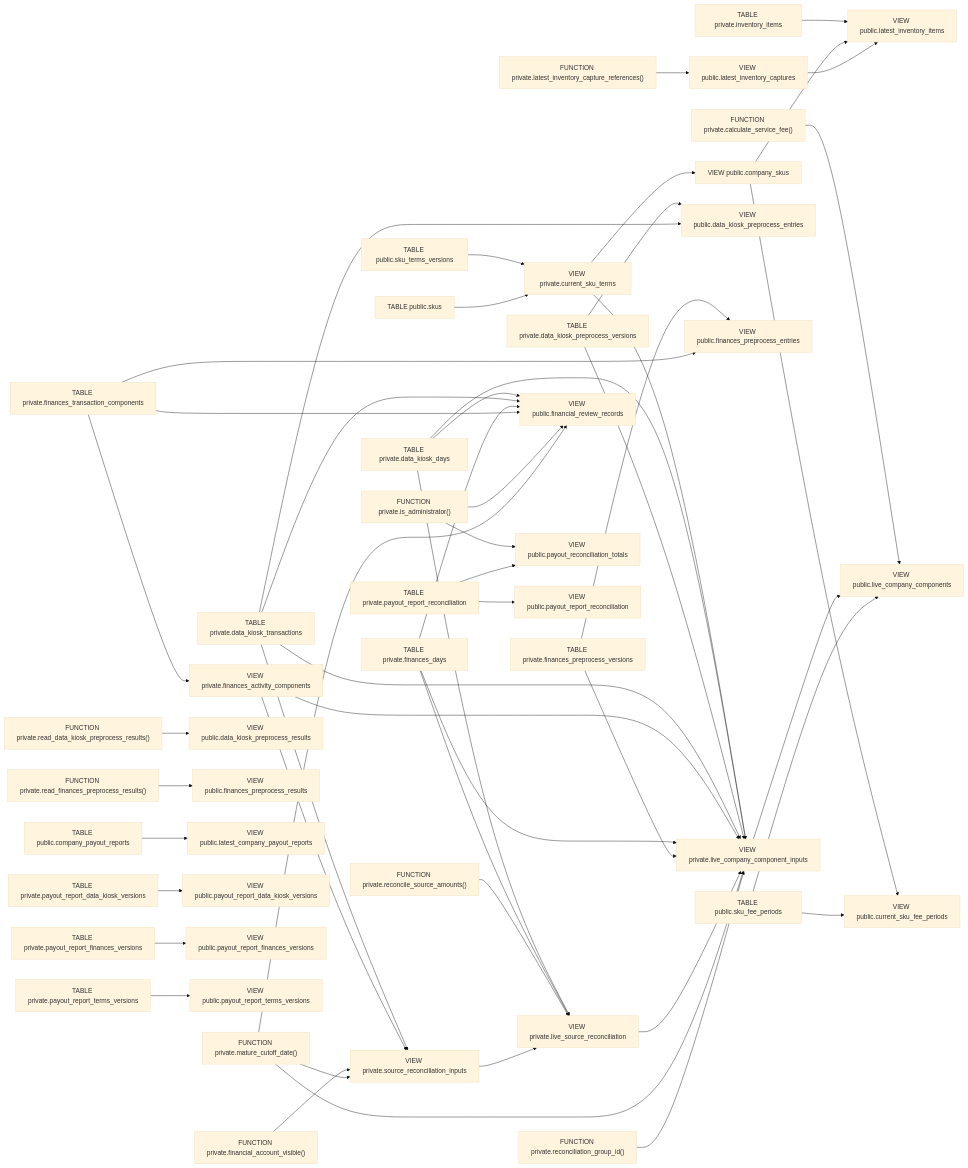
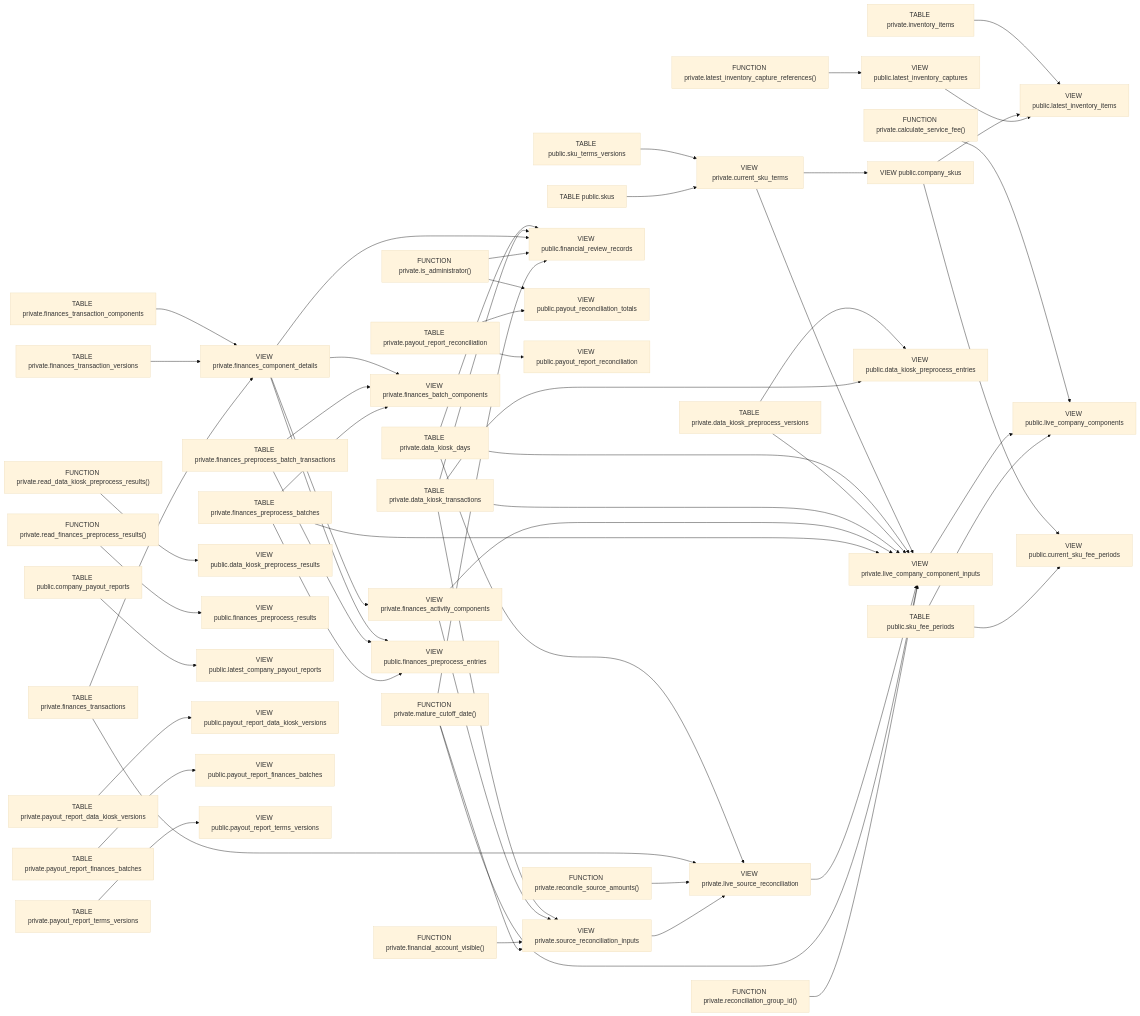
Before and after one commit to qwercxzsda/A-SelBox: the diagram in docs/figures/database/11-views.mmd, drawn with Mermaid (base theme). The commit also changed 192 other files, not shown here.

```diff
--- a/docs/figures/database/11-views.mmd
+++ b/docs/figures/database/11-views.mmd
@@ -1,96 +1,105 @@
 flowchart LR
     private_calculate_service_fee__["FUNCTION private.calculate_service_fee()"]
     private_current_sku_terms["VIEW private.current_sku_terms"]
     private_data_kiosk_days["TABLE private.data_kiosk_days"]
     private_data_kiosk_preprocess_versions["TABLE private.data_kiosk_preprocess_versions"]
     private_data_kiosk_transactions["TABLE private.data_kiosk_transactions"]
     private_finances_activity_components["VIEW private.finances_activity_components"]
-    private_finances_days["TABLE private.finances_days"]
-    private_finances_preprocess_versions["TABLE private.finances_preprocess_versions"]
+    private_finances_batch_components["VIEW private.finances_batch_components"]
+    private_finances_component_details["VIEW private.finances_component_details"]
+    private_finances_preprocess_batch_transactions["TABLE private.finances_preprocess_batch_transactions"]
+    private_finances_preprocess_batches["TABLE private.finances_preprocess_batches"]
     private_finances_transaction_components["TABLE private.finances_transaction_components"]
+    private_finances_transaction_versions["TABLE private.finances_transaction_versions"]
+    private_finances_transactions["TABLE private.finances_transactions"]
     private_financial_account_visible__["FUNCTION private.financial_account_visible()"]
     private_inventory_items["TABLE private.inventory_items"]
     private_is_administrator__["FUNCTION private.is_administrator()"]
     private_latest_inventory_capture_references__["FUNCTION private.latest_inventory_capture_references()"]
     private_live_company_component_inputs["VIEW private.live_company_component_inputs"]
     private_live_source_reconciliation["VIEW private.live_source_reconciliation"]
     private_mature_cutoff_date__["FUNCTION private.mature_cutoff_date()"]
     private_payout_report_data_kiosk_versions["TABLE private.payout_report_data_kiosk_versions"]
-    private_payout_report_finances_versions["TABLE private.payout_report_finances_versions"]
+    private_payout_report_finances_batches["TABLE private.payout_report_finances_batches"]
     private_payout_report_reconciliation["TABLE private.payout_report_reconciliation"]
     private_payout_report_terms_versions["TABLE private.payout_report_terms_versions"]
     private_read_data_kiosk_preprocess_results__["FUNCTION private.read_data_kiosk_preprocess_results()"]
     private_read_finances_preprocess_results__["FUNCTION private.read_finances_preprocess_results()"]
     private_reconcile_source_amounts__["FUNCTION private.reconcile_source_amounts()"]
     private_reconciliation_group_id__["FUNCTION private.reconciliation_group_id()"]
     private_source_reconciliation_inputs["VIEW private.source_reconciliation_inputs"]
     public_company_payout_reports["TABLE public.company_payout_reports"]
     public_company_skus["VIEW public.company_skus"]
     public_current_sku_fee_periods["VIEW public.current_sku_fee_periods"]
     public_data_kiosk_preprocess_entries["VIEW public.data_kiosk_preprocess_entries"]
     public_data_kiosk_preprocess_results["VIEW public.data_kiosk_preprocess_results"]
     public_finances_preprocess_entries["VIEW public.finances_preprocess_entries"]
     public_finances_preprocess_results["VIEW public.finances_preprocess_results"]
     public_financial_review_records["VIEW public.financial_review_records"]
     public_latest_company_payout_reports["VIEW public.latest_company_payout_reports"]
     public_latest_inventory_captures["VIEW public.latest_inventory_captures"]
     public_latest_inventory_items["VIEW public.latest_inventory_items"]
     public_live_company_components["VIEW public.live_company_components"]
     public_payout_reconciliation_totals["VIEW public.payout_reconciliation_totals"]
     public_payout_report_data_kiosk_versions["VIEW public.payout_report_data_kiosk_versions"]
-    public_payout_report_finances_versions["VIEW public.payout_report_finances_versions"]
+    public_payout_report_finances_batches["VIEW public.payout_report_finances_batches"]
     public_payout_report_reconciliation["VIEW public.payout_report_reconciliation"]
     public_payout_report_terms_versions["VIEW public.payout_report_terms_versions"]
     public_sku_fee_periods["TABLE public.sku_fee_periods"]
     public_sku_terms_versions["TABLE public.sku_terms_versions"]
     public_skus["TABLE public.skus"]
     public_sku_terms_versions --> private_current_sku_terms
     public_skus --> private_current_sku_terms
-    private_finances_transaction_components --> private_finances_activity_components
+    private_finances_component_details --> private_finances_activity_components
+    private_finances_component_details --> private_finances_batch_components
+    private_finances_preprocess_batch_transactions --> private_finances_batch_components
+    private_finances_preprocess_batches --> private_finances_batch_components
+    private_finances_transaction_components --> private_finances_component_details
+    private_finances_transaction_versions --> private_finances_component_details
+    private_finances_transactions --> private_finances_component_details
     private_current_sku_terms --> private_live_company_component_inputs
     private_data_kiosk_days --> private_live_company_component_inputs
     private_data_kiosk_preprocess_versions --> private_live_company_component_inputs
     private_data_kiosk_transactions --> private_live_company_component_inputs
     private_finances_activity_components --> private_live_company_component_inputs
-    private_finances_days --> private_live_company_component_inputs
-    private_finances_preprocess_versions --> private_live_company_component_inputs
+    private_finances_preprocess_batches --> private_live_company_component_inputs
     private_live_source_reconciliation --> private_live_company_component_inputs
     private_mature_cutoff_date__ --> private_live_company_component_inputs
     private_reconciliation_group_id__ --> private_live_company_component_inputs
     private_data_kiosk_days --> private_live_source_reconciliation
-    private_finances_days --> private_live_source_reconciliation
+    private_finances_transactions --> private_live_source_reconciliation
     private_reconcile_source_amounts__ --> private_live_source_reconciliation
     private_source_reconciliation_inputs --> private_live_source_reconciliation
     private_data_kiosk_transactions --> private_source_reconciliation_inputs
     private_finances_activity_components --> private_source_reconciliation_inputs
     private_financial_account_visible__ --> private_source_reconciliation_inputs
     private_mature_cutoff_date__ --> private_source_reconciliation_inputs
     private_current_sku_terms --> public_company_skus
     public_company_skus --> public_current_sku_fee_periods
     public_sku_fee_periods --> public_current_sku_fee_periods
     private_data_kiosk_preprocess_versions --> public_data_kiosk_preprocess_entries
     private_data_kiosk_transactions --> public_data_kiosk_preprocess_entries
     private_read_data_kiosk_preprocess_results__ --> public_data_kiosk_preprocess_results
-    private_finances_preprocess_versions --> public_finances_preprocess_entries
-    private_finances_transaction_components --> public_finances_preprocess_entries
+    private_finances_component_details --> public_finances_preprocess_entries
+    private_finances_preprocess_batch_transactions --> public_finances_preprocess_entries
+    private_finances_preprocess_batches --> public_finances_preprocess_entries
     private_read_finances_preprocess_results__ --> public_finances_preprocess_results
     private_data_kiosk_days --> public_financial_review_records
     private_data_kiosk_transactions --> public_financial_review_records
-    private_finances_days --> public_financial_review_records
-    private_finances_transaction_components --> public_financial_review_records
+    private_finances_component_details --> public_financial_review_records
     private_is_administrator__ --> public_financial_review_records
     private_mature_cutoff_date__ --> public_financial_review_records
     public_company_payout_reports --> public_latest_company_payout_reports
     private_latest_inventory_capture_references__ --> public_latest_inventory_captures
     private_inventory_items --> public_latest_inventory_items
     public_company_skus --> public_latest_inventory_items
     public_latest_inventory_captures --> public_latest_inventory_items
     private_calculate_service_fee__ --> public_live_company_components
     private_live_company_component_inputs --> public_live_company_components
     public_sku_fee_periods --> public_live_company_components
     private_is_administrator__ --> public_payout_reconciliation_totals
     private_payout_report_reconciliation --> public_payout_reconciliation_totals
     private_payout_report_data_kiosk_versions --> public_payout_report_data_kiosk_versions
-    private_payout_report_finances_versions --> public_payout_report_finances_versions
+    private_payout_report_finances_batches --> public_payout_report_finances_batches
     private_payout_report_reconciliation --> public_payout_report_reconciliation
     private_payout_report_terms_versions --> public_payout_report_terms_versions
```
